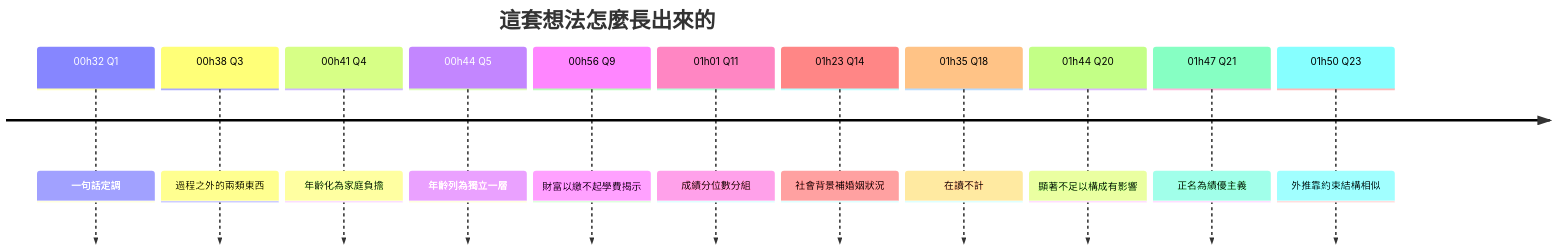
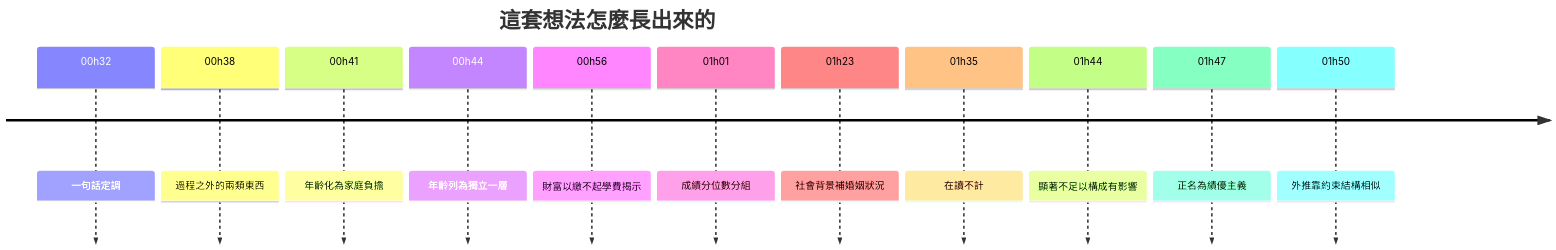
The diagram in docs/diagrams/04-thinking.mmd (LaiTszKin/ams2640-group-project), drawn with Mermaid before and after one commit. The commit also changed 21 other files, not shown here.

Commit message:
diagrams: 全部刪除 Q(n) 引用，來源只指向本報告；02 的 Q1/Q2 改為 G1/G2；四圖中英重繪

```diff
--- a/docs/diagrams/04-thinking.mmd
+++ b/docs/diagrams/04-thinking.mmd
@@ -1,14 +1,14 @@
-%% source: qa.md Q1–Q23 的時間戳, summary.md 現在確立的
+%% 依據：本報告「現在確立的」各條命題；時刻為討論的時序
 timeline
   title 這套想法怎麼長出來的
-  00h32 Q1 : 一句話定調
-  00h38 Q3 : 過程之外的兩類東西
-  00h41 Q4 : 年齡化為家庭負擔
-  00h44 Q5 : 年齡列為獨立一層
-  00h56 Q9 : 財富以繳不起學費揭示
-  01h01 Q11 : 成績分位數分組
-  01h23 Q14 : 社會背景補婚姻狀況
-  01h35 Q18 : 在讀不計
-  01h44 Q20 : 顯著不足以構成有影響
-  01h47 Q21 : 正名為績優主義
-  01h50 Q23 : 外推靠約束結構相似
+  00h32 : 一句話定調
+  00h38 : 過程之外的兩類東西
+  00h41 : 年齡化為家庭負擔
+  00h44 : 年齡列為獨立一層
+  00h56 : 財富以繳不起學費揭示
+  01h01 : 成績分位數分組
+  01h23 : 社會背景補婚姻狀況
+  01h35 : 在讀不計
+  01h44 : 顯著不足以構成有影響
+  01h47 : 正名為績優主義
+  01h50 : 外推靠約束結構相似
```
